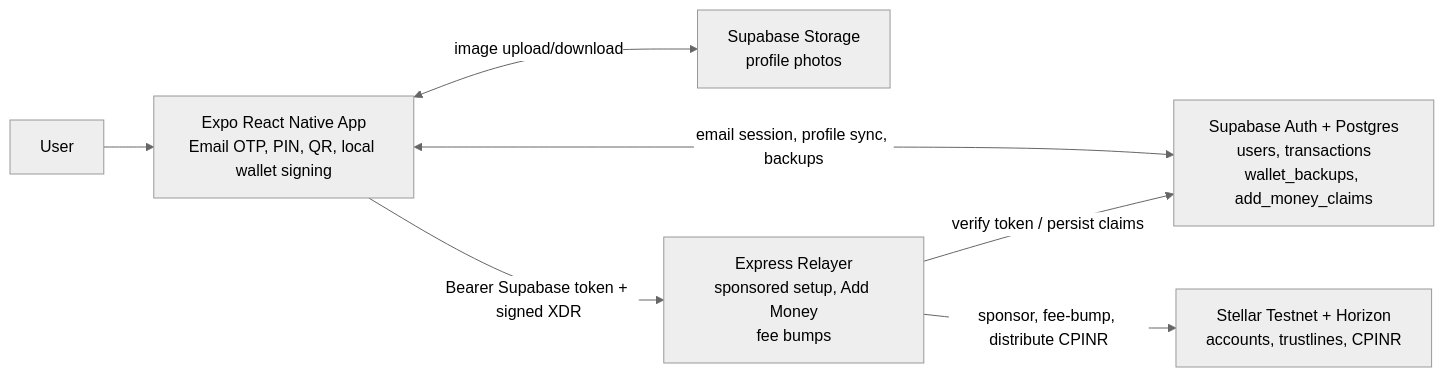
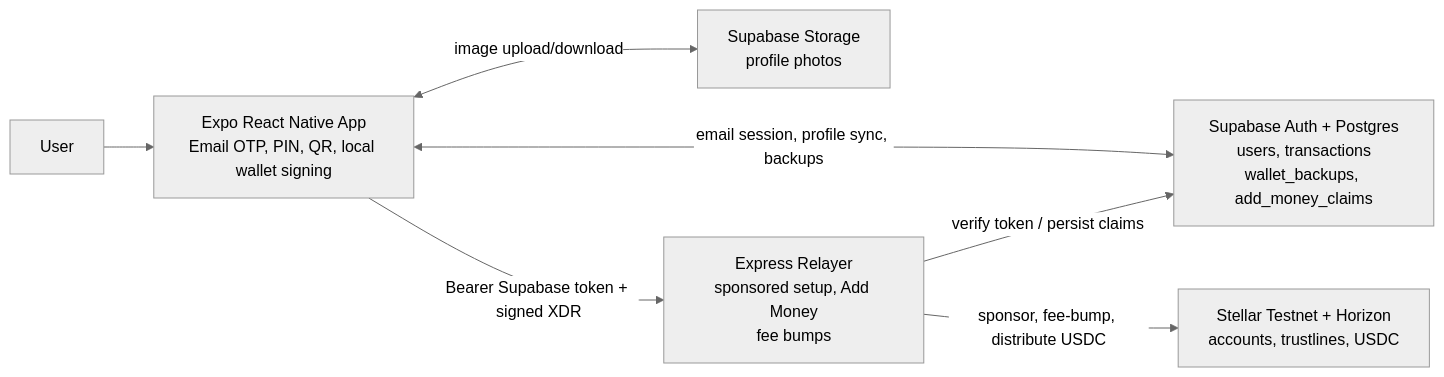
Before and after one commit to SUMAN967-GHOSH/C-Pay: the first of 2 diagrams in README.md, drawn with Mermaid (neutral theme). The commit also changed other lines of this file and 36 other files, not shown here.

Commit message:
feat: replace CPINR with Stellar USDC (#83)

````diff
--- a/README.md
+++ b/README.md
@@ -359,16 +359,16 @@
 ```mermaid
 flowchart LR
     user["User"]
     app["Expo React Native App<br/>Email OTP, PIN, QR, local wallet signing"]
     supabase["Supabase Auth + Postgres<br/>users, transactions<br/>wallet_backups, add_money_claims"]
     storage["Supabase Storage<br/>profile photos"]
     relayer["Express Relayer<br/>sponsored setup, Add Money<br/>fee bumps"]
-    stellar["Stellar Testnet + Horizon<br/>accounts, trustlines, CPINR"]
+    stellar["Stellar Testnet + Horizon<br/>accounts, trustlines, USDC"]
 
     user --> app
     app <-->|email session, profile sync, backups| supabase
     app <-->|image upload/download| storage
     app -->|Bearer Supabase token + signed XDR| relayer
     relayer -->|verify token / persist claims| supabase
-    relayer -->|sponsor, fee-bump, distribute CPINR| stellar
+    relayer -->|sponsor, fee-bump, distribute USDC| stellar
 ```
````
